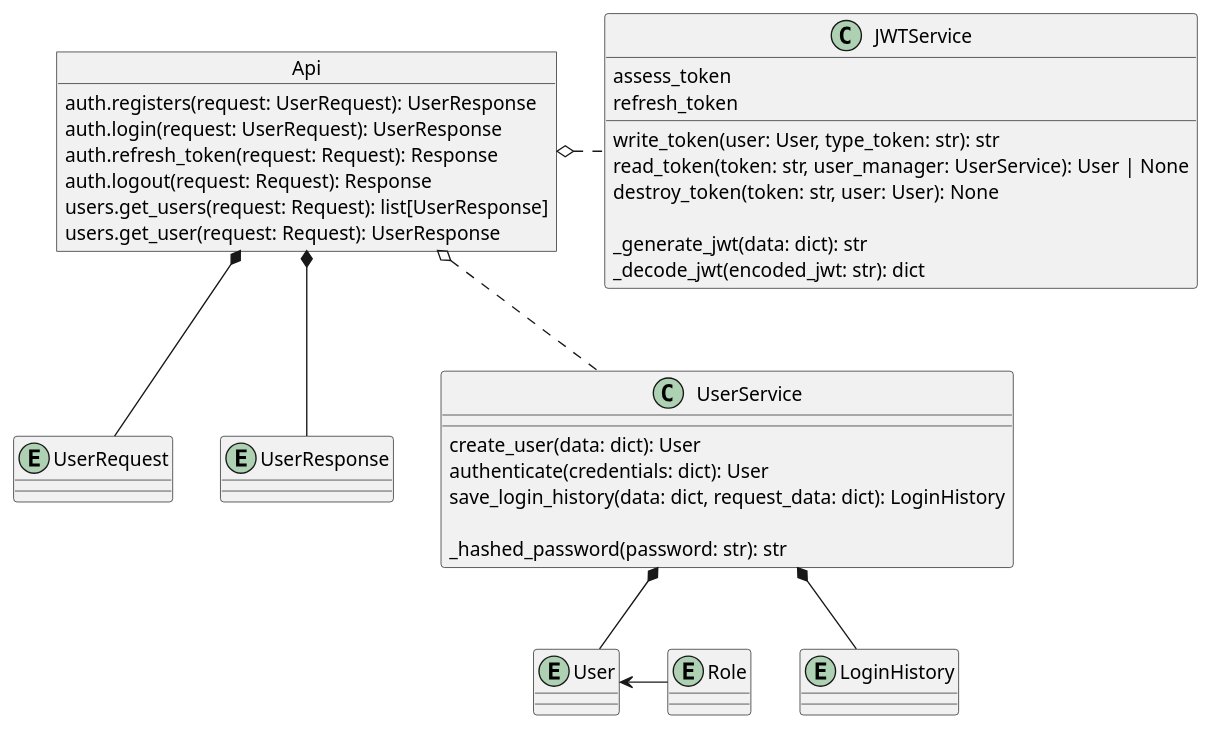
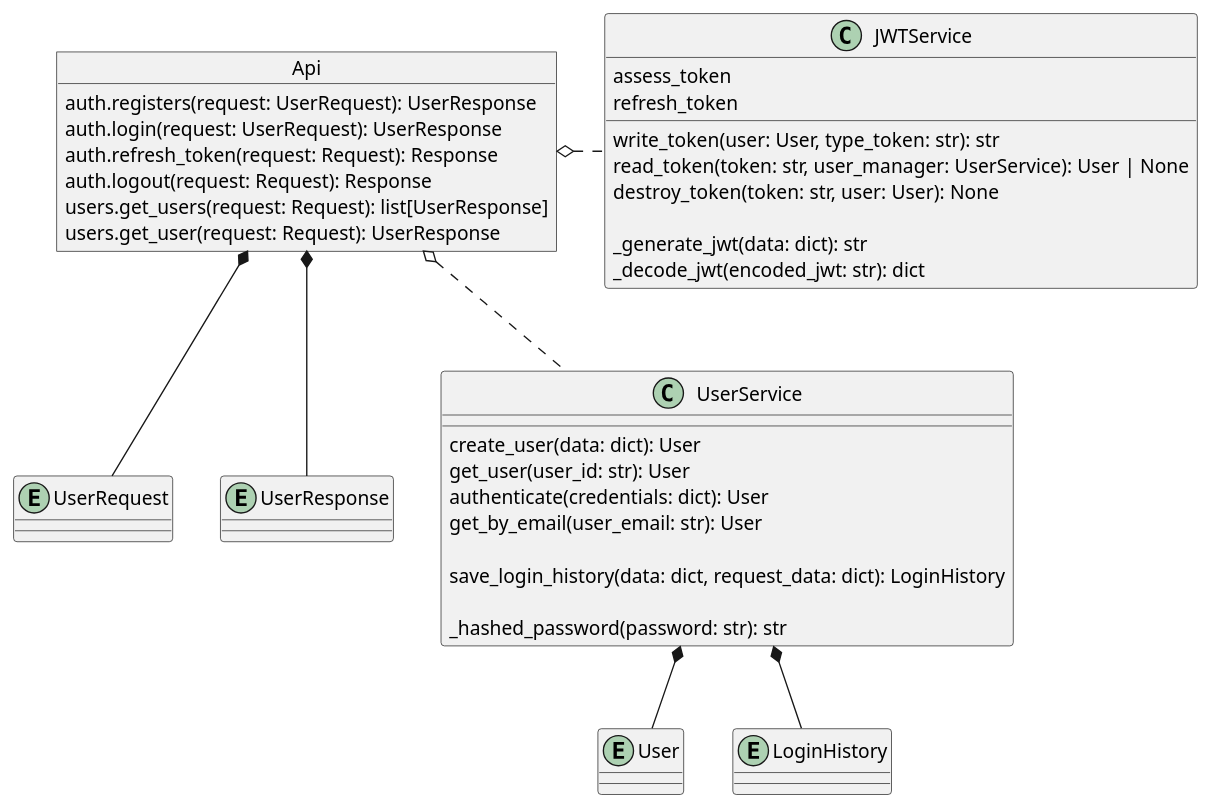
Before and after one commit to vladmeh/auth_service: the first of 2 diagrams in docs/auth_sequence.puml, drawn with PlantUML. The commit also changed other lines of this file and 6 other files, not shown here.

```diff
--- a/docs/auth_sequence.puml
+++ b/docs/auth_sequence.puml
@@ -1,44 +1,45 @@
 @startuml
 object Api {
     auth.registers(request: UserRequest): UserResponse
     auth.login(request: UserRequest): UserResponse
     auth.refresh_token(request: Request): Response
     auth.logout(request: Request): Response
 
     users.get_users(request: Request): list[UserResponse]
     users.get_user(request: Request): UserResponse
 }
 entity UserRequest
 entity UserResponse
 class UserService{
     create_user(data: dict): User
+    get_user(user_id: str): User
     authenticate(credentials: dict): User
+    get_by_email(user_email: str): User
+
     save_login_history(data: dict, request_data: dict): LoginHistory
 
     _hashed_password(password: str): str
 }
 class JWTService{
     assess_token
     refresh_token
 
     write_token(user: User, type_token: str): str
     read_token(token: str, user_manager: UserService): User | None
     destroy_token(token: str, user: User): None
 
     _generate_jwt(data: dict): str
     _decode_jwt(encoded_jwt: str): dict
 }
 entity User
-entity Role
 entity LoginHistory
 
 Api *-- UserRequest
 Api *-- UserResponse
 Api o.. UserService
 Api o.right. JWTService
 
 UserService *-down- User
-Role -left-> User
 UserService *-down- LoginHistory
 
 @enduml
```
